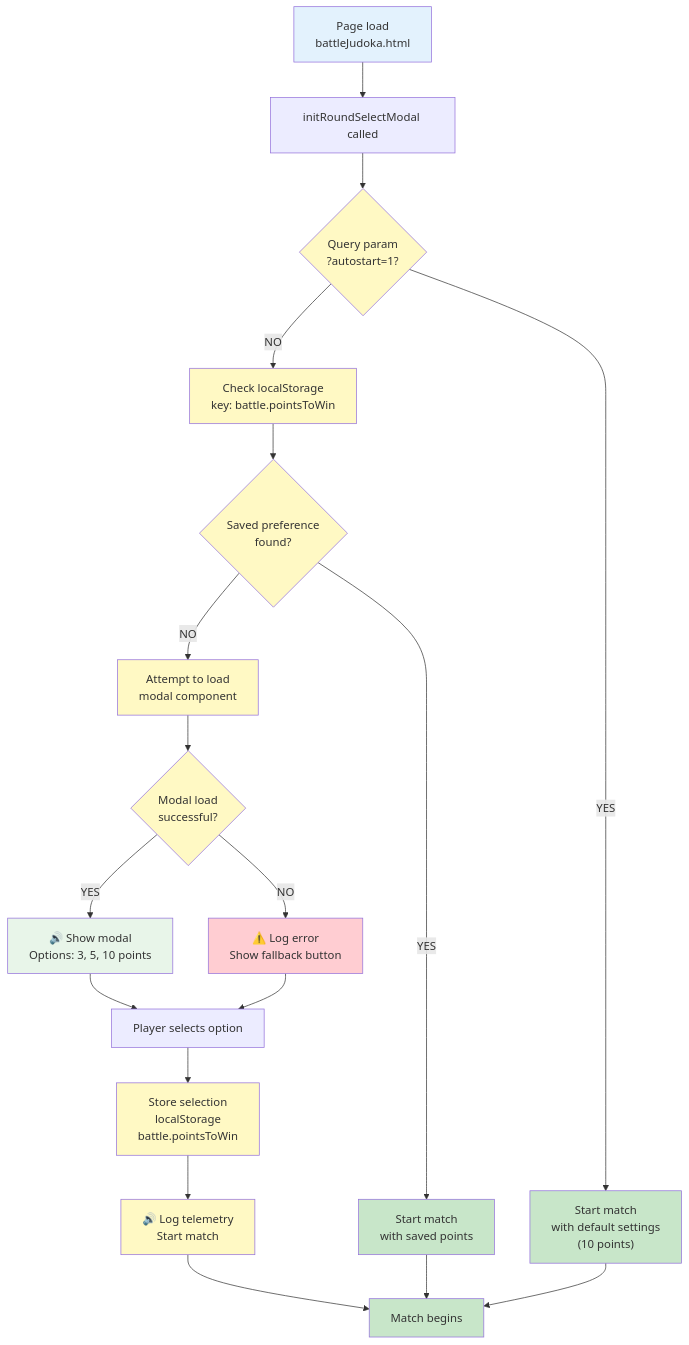
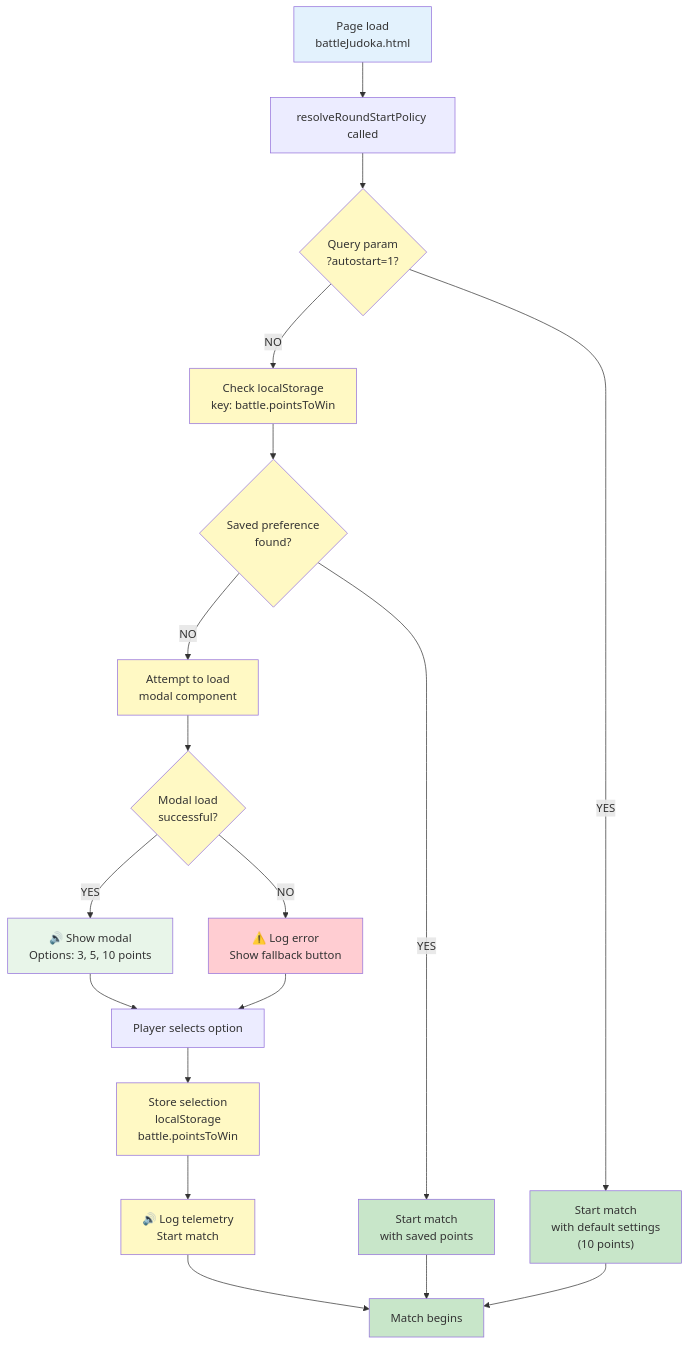
Before and after one commit to CyanAutomation/judokon: the diagram in design/productRequirementsDocuments/prdRoundSelection.md, drawn with Mermaid. The commit also changed other lines of this file and 21 other files, not shown here.

Commit message:
Refactor round start flow: rename initRoundSelectModal → resolveRoundStartPolicy and extract helpers (#5604)

````diff
--- a/design/productRequirementsDocuments/prdRoundSelection.md
+++ b/design/productRequirementsDocuments/prdRoundSelection.md
@@ -39,42 +39,42 @@
 ```mermaid
 flowchart TB
-    A["Page load<br/>battleJudoka.html"] --> B["initRoundSelectModal called"]
+    A["Page load<br/>battleJudoka.html"] --> B["resolveRoundStartPolicy called"]
     B --> C{"Query param<br/>?autostart=1?"}
     
     C -->|YES| D["Start match<br/>with default settings<br/>(10 points)"]
     C -->|NO| E["Check localStorage<br/>key: battle.pointsToWin"]
     
     E --> F{"Saved preference<br/>found?"}
     
     F -->|YES| G["Start match<br/>with saved points"]
     F -->|NO| H["Attempt to load<br/>modal component"]
     
     H --> I{"Modal load<br/>successful?"}
     
     I -->|YES| J["🔊 Show modal<br/>Options: 3, 5, 10 points"]
     I -->|NO| K["⚠️ Log error<br/>Show fallback button"]
     
     J --> L["Player selects option"]
     K --> L
     
     L --> M["Store selection<br/>localStorage<br/>battle.pointsToWin"]
     M --> N["🔊 Log telemetry<br/>Start match"]
     N --> O["Match begins"]
     
     G --> O
     D --> O
     
     style A fill:#e3f2fd
     style C fill:#fff9c4
     style E fill:#fff9c4
     style F fill:#fff9c4
     style H fill:#fff9c4
     style I fill:#fff9c4
     style D fill:#c8e6c9
     style G fill:#c8e6c9
     style J fill:#e8f5e9
     style K fill:#ffcdd2
     style M fill:#fff9c4
     style N fill:#fff9c4
     style O fill:#c8e6c9
 ```
````
